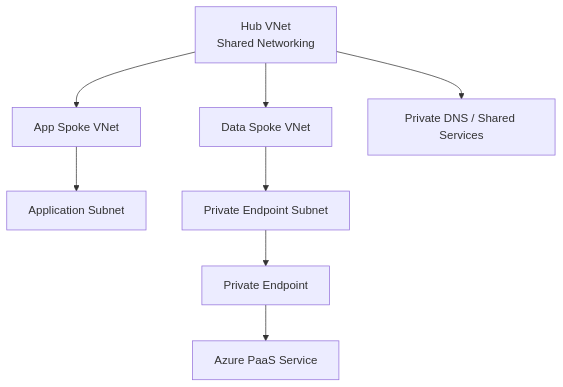
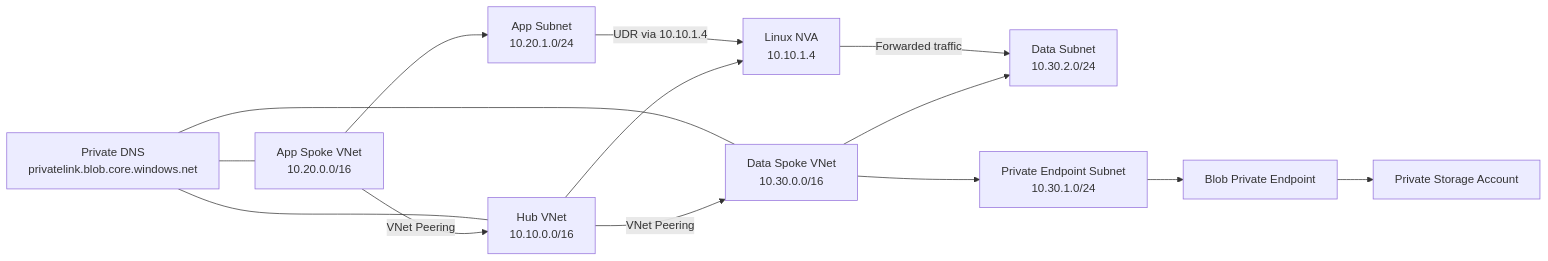
The diagram in README.md (olumideakinseye77-glitch/azure-enterprise-network), drawn with Mermaid before and after one commit. The commit also changed other lines of this file, not shown here.

Commit message:
Complete Project 2 documentation and architecture

````diff
--- a/README.md
+++ b/README.md
@@ -40,15 +40,30 @@
 ```mermaid
-flowchart TD
-    HUB[Hub VNet\nShared Networking]
+flowchart LR
+    APP[App Spoke VNet\n10.20.0.0/16]
+    HUB[Hub VNet\n10.10.0.0/16]
+    DATA[Data Spoke VNet\n10.30.0.0/16]
 
-    HUB --> APP[App Spoke VNet]
-    HUB --> DATA[Data Spoke VNet]
+    APP -->|VNet Peering| HUB
+    HUB -->|VNet Peering| DATA
 
-    APP --> APPSUBNET[Application Subnet]
-    DATA --> PESUBNET[Private Endpoint Subnet]
+    APPSUB[App Subnet\n10.20.1.0/24]
+    NVA[Linux NVA\n10.10.1.4]
+    DATASUB[Data Subnet\n10.30.2.0/24]
+    PESUB[Private Endpoint Subnet\n10.30.1.0/24]
+    PE[Blob Private Endpoint]
+    SA[Private Storage Account]
+    DNS[Private DNS\nprivatelink.blob.core.windows.net]
 
-    PESUBNET --> PE[Private Endpoint]
-    PE --> PAAS[Azure PaaS Service]
+    APP --> APPSUB
+    HUB --> NVA
+    DATA --> DATASUB
+    DATA --> PESUB
+    PESUB --> PE
+    PE --> SA
+    DNS --- APP
+    DNS --- HUB
+    DNS --- DATA
 
-    HUB --> DNS[Private DNS / Shared Services]
+    APPSUB -->|UDR via 10.10.1.4| NVA
+    NVA -->|Forwarded traffic| DATASUB
 ```
````
